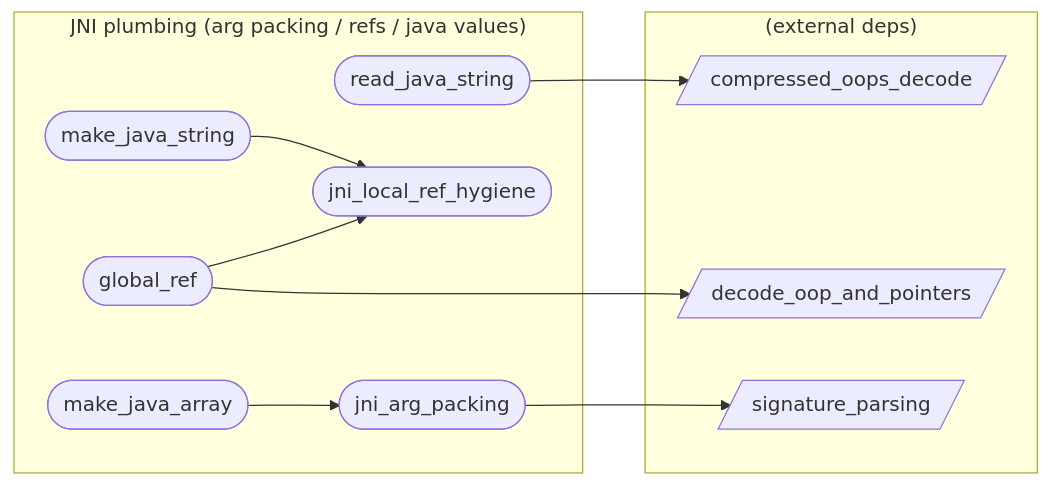
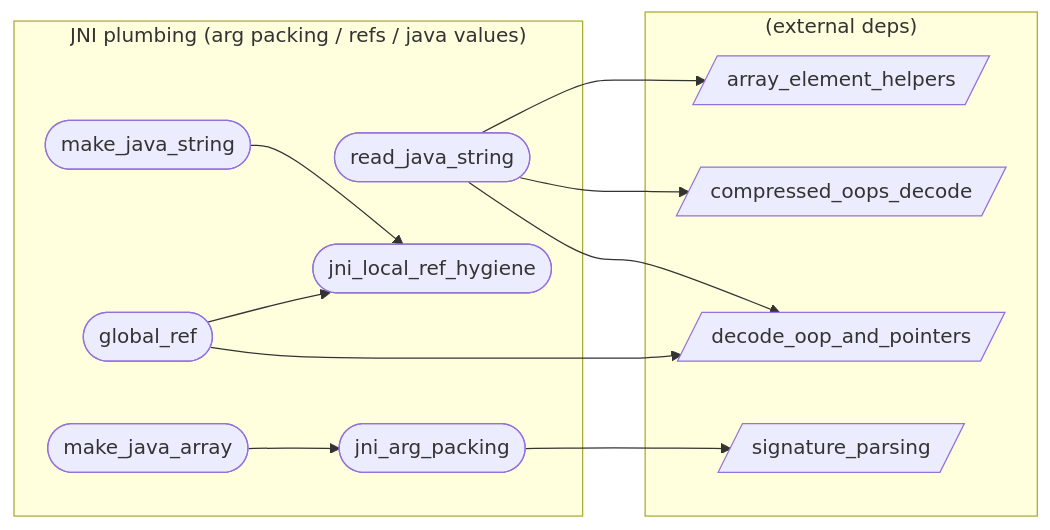
One commit to xxxnpno/VMHook changed the diagram in audit/graph/categories/jni.md. Above: the diagram before and after it, drawn with Mermaid. The commit also changed other lines of this file and 21 other files, not shown here.

First line of the commit message:
docs(audit/features): enrich midi2i_trampoline_alloc, method_entry_points_i2i_i2c, method_enumeration, register_class, read_java_string

````diff
--- a/audit/graph/categories/jni.md
+++ b/audit/graph/categories/jni.md
@@ -23,22 +23,25 @@
 ```mermaid
 flowchart LR
   subgraph jni["JNI plumbing (arg packing / refs / java values)"]
     global_ref([global_ref])
     jni_arg_packing([jni_arg_packing])
     jni_local_ref_hygiene([jni_local_ref_hygiene])
     make_java_array([make_java_array])
     make_java_string([make_java_string])
     read_java_string([read_java_string])
   end
   subgraph external["(external deps)"]
+    array_element_helpers[/array_element_helpers/]
     compressed_oops_decode[/compressed_oops_decode/]
     decode_oop_and_pointers[/decode_oop_and_pointers/]
     signature_parsing[/signature_parsing/]
   end
   global_ref --> jni_local_ref_hygiene
   global_ref --> decode_oop_and_pointers
   jni_arg_packing --> signature_parsing
   make_java_array --> jni_arg_packing
   make_java_string --> jni_local_ref_hygiene
   read_java_string --> compressed_oops_decode
+  read_java_string --> decode_oop_and_pointers
+  read_java_string --> array_element_helpers
 ```
````
